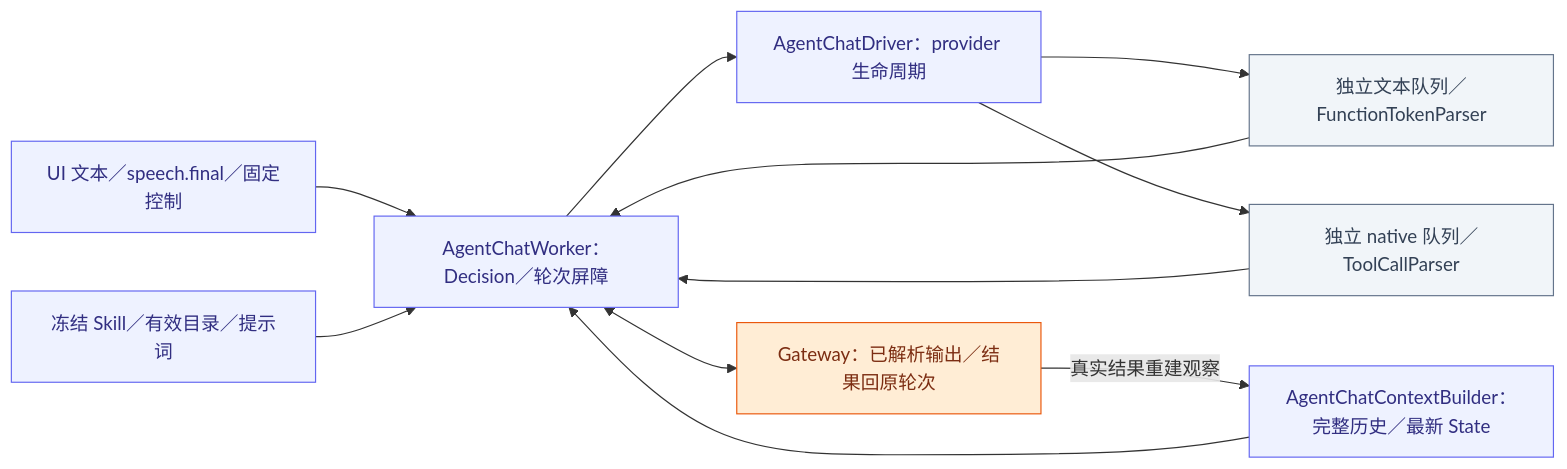
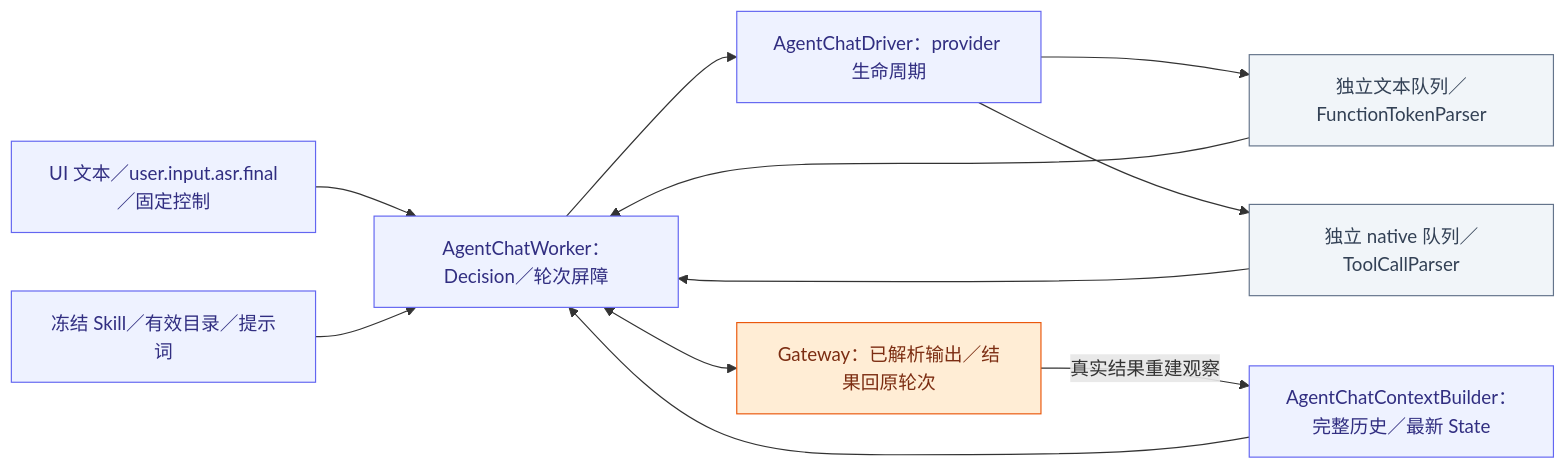
Before and after one commit to devilyouwei/MobileHarness: the second of 2 diagrams in MobileHarness/Agents/Support/Chat/README.md, drawn with Mermaid. The commit also changed other lines of this file and 152 other files, not shown here.

````diff
--- a/MobileHarness/Agents/Support/Chat/README.md
+++ b/MobileHarness/Agents/Support/Chat/README.md
@@ -50,29 +50,29 @@
 ```mermaid
 flowchart LR
- I["UI 文本／speech.final／固定控制"]:::agent
+ I["UI 文本／user.input.asr.final／固定控制"]:::agent
  B["AgentChatContextBuilder：完整历史／最新 State"]:::agent
  K["冻结 Skill／有效目录／提示词"]:::agent
  W["AgentChatWorker：Decision／轮次屏障"]:::agent
  D["AgentChatDriver：provider 生命周期"]:::agent
  T["独立文本队列／FunctionTokenParser"]:::host
  N["独立 native 队列／ToolCallParser"]:::host
  G["Gateway：已解析输出／结果回原轮次"]:::gateway
  I --> W
  B --> W
  K --> W
  W --> D
  D --> T
  D --> N
  T --> W
  N --> W
  W <--> G
  G -->|"真实结果重建观察"| B
  classDef ui fill:#e0f2fe,stroke:#0284c7,color:#0c4a6e
  classDef platform fill:#dcfce7,stroke:#16a34a,color:#14532d
  classDef model fill:#f3e8ff,stroke:#9333ea,color:#581c87
  classDef storage fill:#fef3c7,stroke:#d97706,color:#78350f
  classDef agent fill:#eef2ff,stroke:#6366f1,color:#312e81
  classDef gateway fill:#ffedd5,stroke:#ea580c,color:#7c2d12
  classDef action fill:#ffe4e6,stroke:#e11d48,color:#881337
  classDef host fill:#f1f5f9,stroke:#64748b,color:#334155
 ```
````
